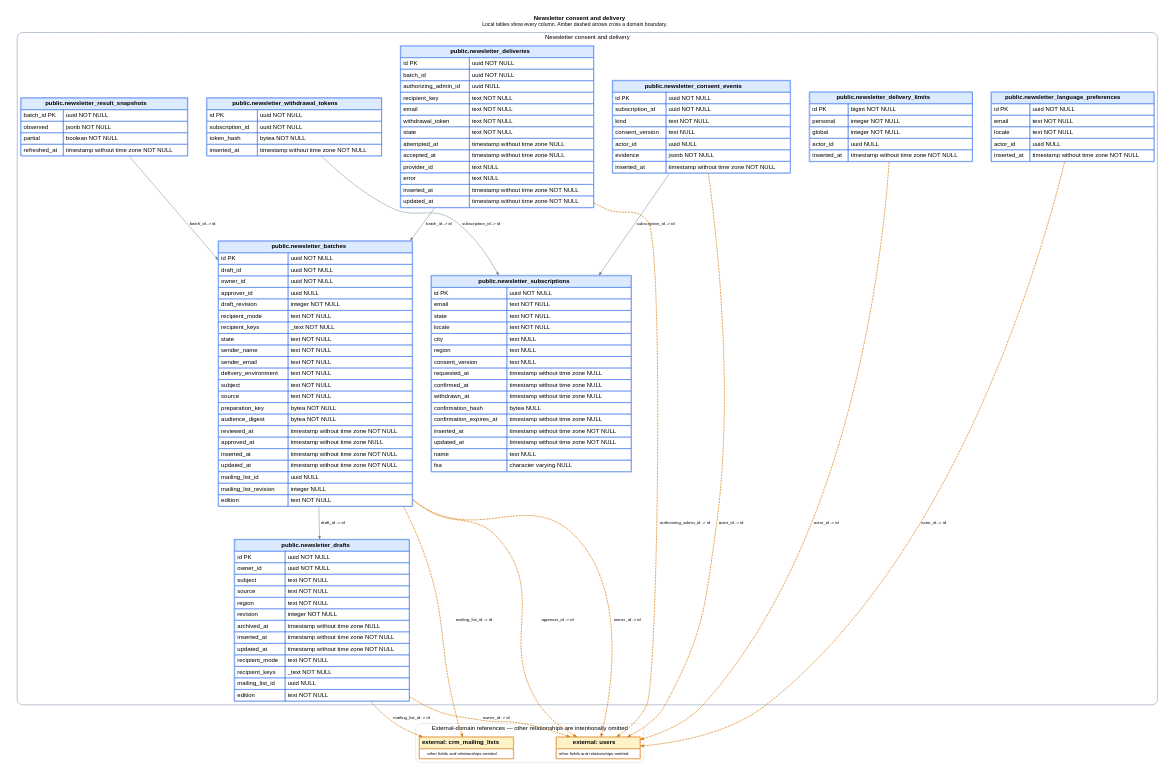
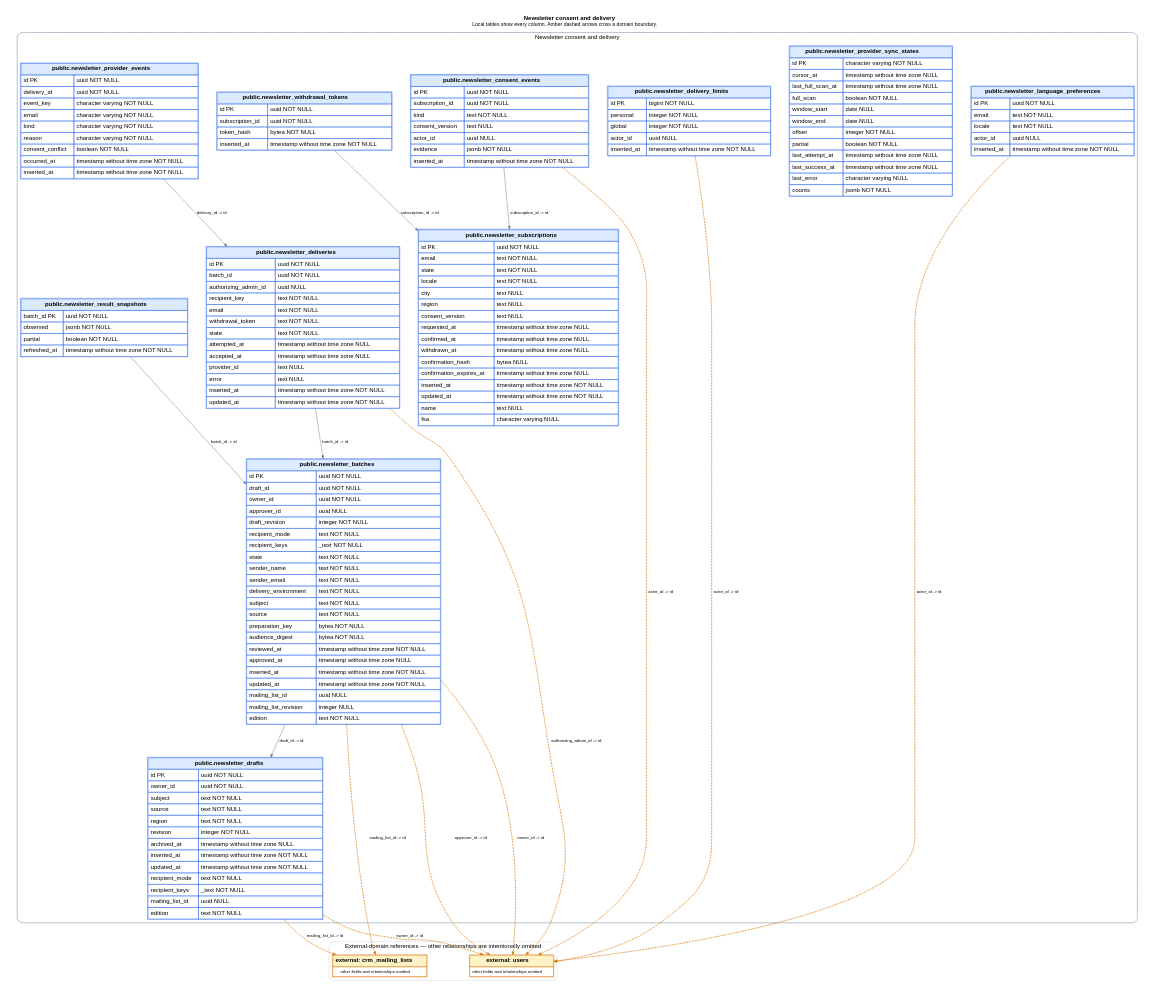
One commit to ogourment/pauseai.ca-website changed the diagram in docs/schema/domains/newsletter.dot. Above: the diagram before and after it, drawn with Graphviz. The commit also changed 5 other files, not shown here.

Commit message:
Prepare 0.5.44 and document newsletter reconciliation schema

```diff
--- a/docs/schema/domains/newsletter.dot
+++ b/docs/schema/domains/newsletter.dot
@@ -10,6 +10,20 @@
     color="#94a3b8";
     penwidth=1.5;
     style="rounded";
+  "newsletter_provider_events" [label=<
+    <TABLE BORDER="1" CELLBORDER="1" CELLSPACING="0" CELLPADDING="5" COLOR="#2563eb">
+      <TR><TD BGCOLOR="#dbeafe" COLSPAN="2"><B>public.newsletter_provider_events</B></TD></TR>
+      <TR><TD ALIGN="LEFT">id PK</TD><TD ALIGN="LEFT">uuid NOT NULL</TD></TR><TR><TD ALIGN="LEFT">delivery_id</TD><TD ALIGN="LEFT">uuid NOT NULL</TD></TR><TR><TD ALIGN="LEFT">event_key</TD><TD ALIGN="LEFT">character varying NOT NULL</TD></TR><TR><TD ALIGN="LEFT">email</TD><TD ALIGN="LEFT">character varying NOT NULL</TD></TR><TR><TD ALIGN="LEFT">kind</TD><TD ALIGN="LEFT">character varying NOT NULL</TD></TR><TR><TD ALIGN="LEFT">reason</TD><TD ALIGN="LEFT">character varying NOT NULL</TD></TR><TR><TD ALIGN="LEFT">consent_conflict</TD><TD ALIGN="LEFT">boolean NOT NULL</TD></TR><TR><TD ALIGN="LEFT">occurred_at</TD><TD ALIGN="LEFT">timestamp without time zone NOT NULL</TD></TR><TR><TD ALIGN="LEFT">inserted_at</TD><TD ALIGN="LEFT">timestamp without time zone NOT NULL</TD></TR>
+    </TABLE>
+  >];
+
+  "newsletter_provider_sync_states" [label=<
+    <TABLE BORDER="1" CELLBORDER="1" CELLSPACING="0" CELLPADDING="5" COLOR="#2563eb">
+      <TR><TD BGCOLOR="#dbeafe" COLSPAN="2"><B>public.newsletter_provider_sync_states</B></TD></TR>
+      <TR><TD ALIGN="LEFT">id PK</TD><TD ALIGN="LEFT">character varying NOT NULL</TD></TR><TR><TD ALIGN="LEFT">cursor_at</TD><TD ALIGN="LEFT">timestamp without time zone NULL</TD></TR><TR><TD ALIGN="LEFT">last_full_scan_at</TD><TD ALIGN="LEFT">timestamp without time zone NULL</TD></TR><TR><TD ALIGN="LEFT">full_scan</TD><TD ALIGN="LEFT">boolean NOT NULL</TD></TR><TR><TD ALIGN="LEFT">window_start</TD><TD ALIGN="LEFT">date NULL</TD></TR><TR><TD ALIGN="LEFT">window_end</TD><TD ALIGN="LEFT">date NULL</TD></TR><TR><TD ALIGN="LEFT">offset</TD><TD ALIGN="LEFT">integer NOT NULL</TD></TR><TR><TD ALIGN="LEFT">partial</TD><TD ALIGN="LEFT">boolean NOT NULL</TD></TR><TR><TD ALIGN="LEFT">last_attempt_at</TD><TD ALIGN="LEFT">timestamp without time zone NULL</TD></TR><TR><TD ALIGN="LEFT">last_success_at</TD><TD ALIGN="LEFT">timestamp without time zone NULL</TD></TR><TR><TD ALIGN="LEFT">last_error</TD><TD ALIGN="LEFT">character varying NULL</TD></TR><TR><TD ALIGN="LEFT">counts</TD><TD ALIGN="LEFT">jsonb NOT NULL</TD></TR>
+    </TABLE>
+  >];
+
   "newsletter_result_snapshots" [label=<
     <TABLE BORDER="1" CELLBORDER="1" CELLSPACING="0" CELLPADDING="5" COLOR="#2563eb">
       <TR><TD BGCOLOR="#dbeafe" COLSPAN="2"><B>public.newsletter_result_snapshots</B></TD></TR>
@@ -108,6 +122,7 @@
   "newsletter_drafts" -> "crm_mailing_lists" [label="mailing_list_id -> id", color="#d97706", style="dashed", penwidth=1.5];
   "newsletter_drafts" -> "users" [label="owner_id -> id", color="#d97706", style="dashed", penwidth=1.5];
   "newsletter_language_preferences" -> "users" [label="actor_id -> id", color="#d97706", style="dashed", penwidth=1.5];
+  "newsletter_provider_events" -> "newsletter_deliveries" [label="delivery_id -> id", color="#64748b"];
   "newsletter_result_snapshots" -> "newsletter_batches" [label="batch_id -> id", color="#64748b"];
   "newsletter_withdrawal_tokens" -> "newsletter_subscriptions" [label="subscription_id -> id", color="#64748b"];
 }
```
